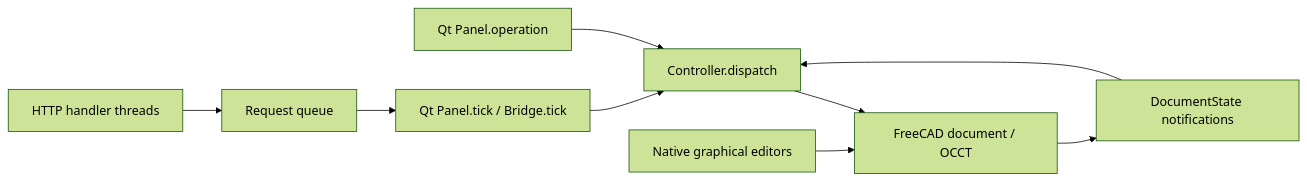
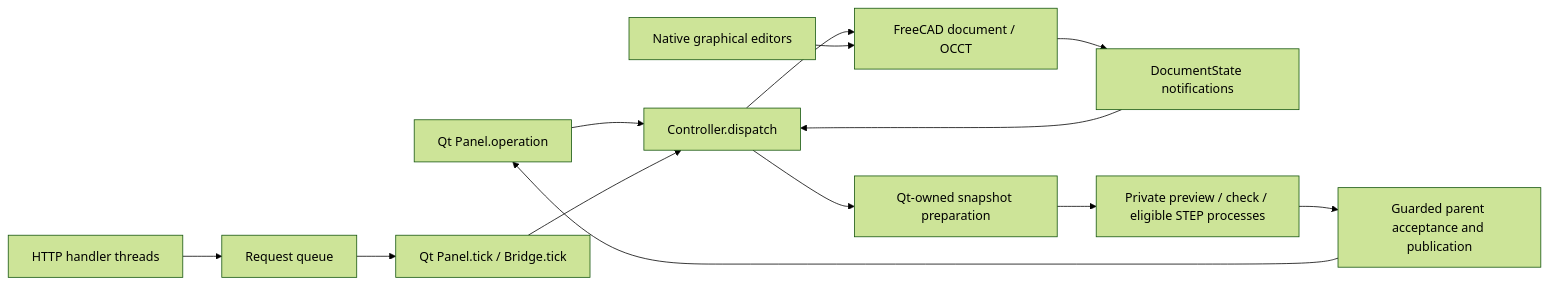
Before and after one commit to kazzurt/KurtShape: the diagram in ARCHITECTURE.md, drawn with Mermaid (forest theme). The commit also changed other lines of this file and 185 other files, not shown here.

````diff
--- a/ARCHITECTURE.md
+++ b/ARCHITECTURE.md
@@ -11,11 +13,15 @@
 ```mermaid
 flowchart LR
     Panel[Qt Panel.operation] --> Controller[Controller.dispatch]
     HTTP[HTTP handler threads] --> Queue[Request queue]
     Queue --> Tick[Qt Panel.tick / Bridge.tick]
     Tick --> Controller
     Controller --> Document[FreeCAD document / OCCT]
     Native[Native graphical editors] --> Document
     Document --> Observer[DocumentState notifications]
     Observer --> Controller
+    Controller --> Capture[Qt-owned snapshot preparation]
+    Capture --> Workers[Private preview / check / eligible STEP processes]
+    Workers --> Accept[Guarded parent acceptance and publication]
+    Accept --> Panel
 ```
````
